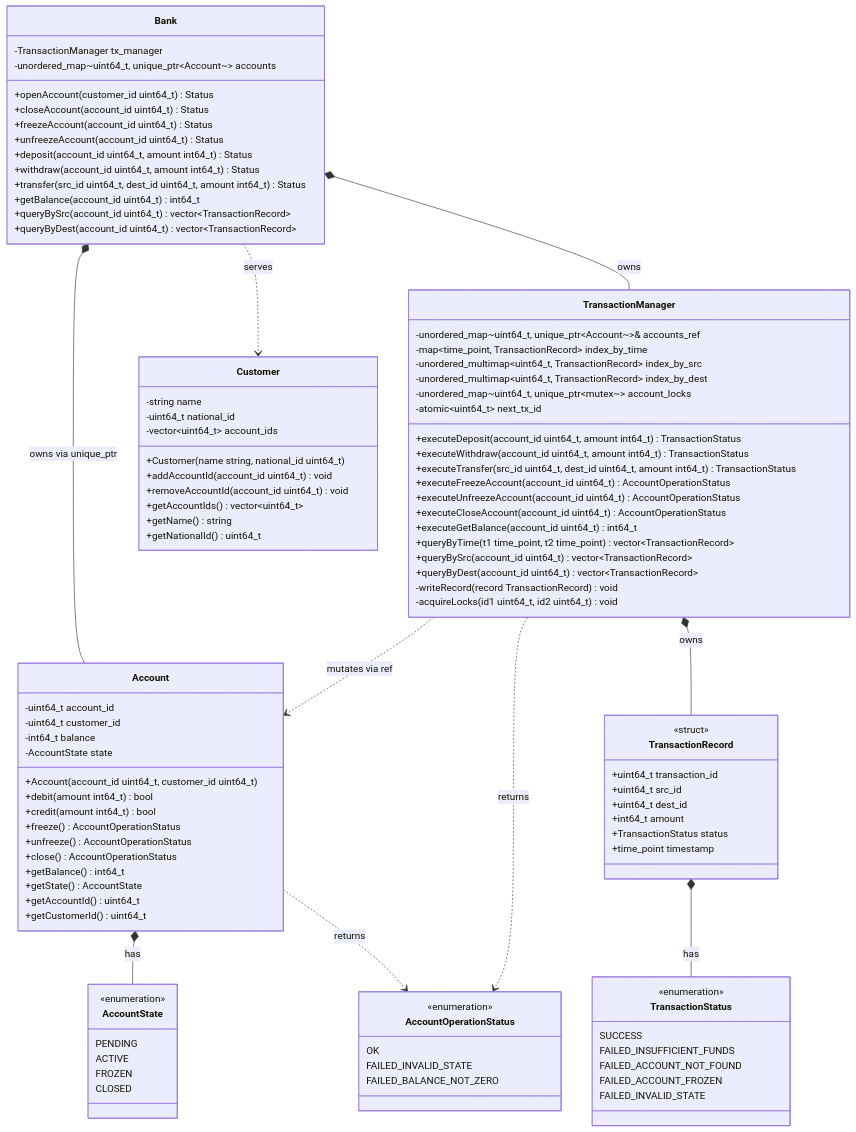
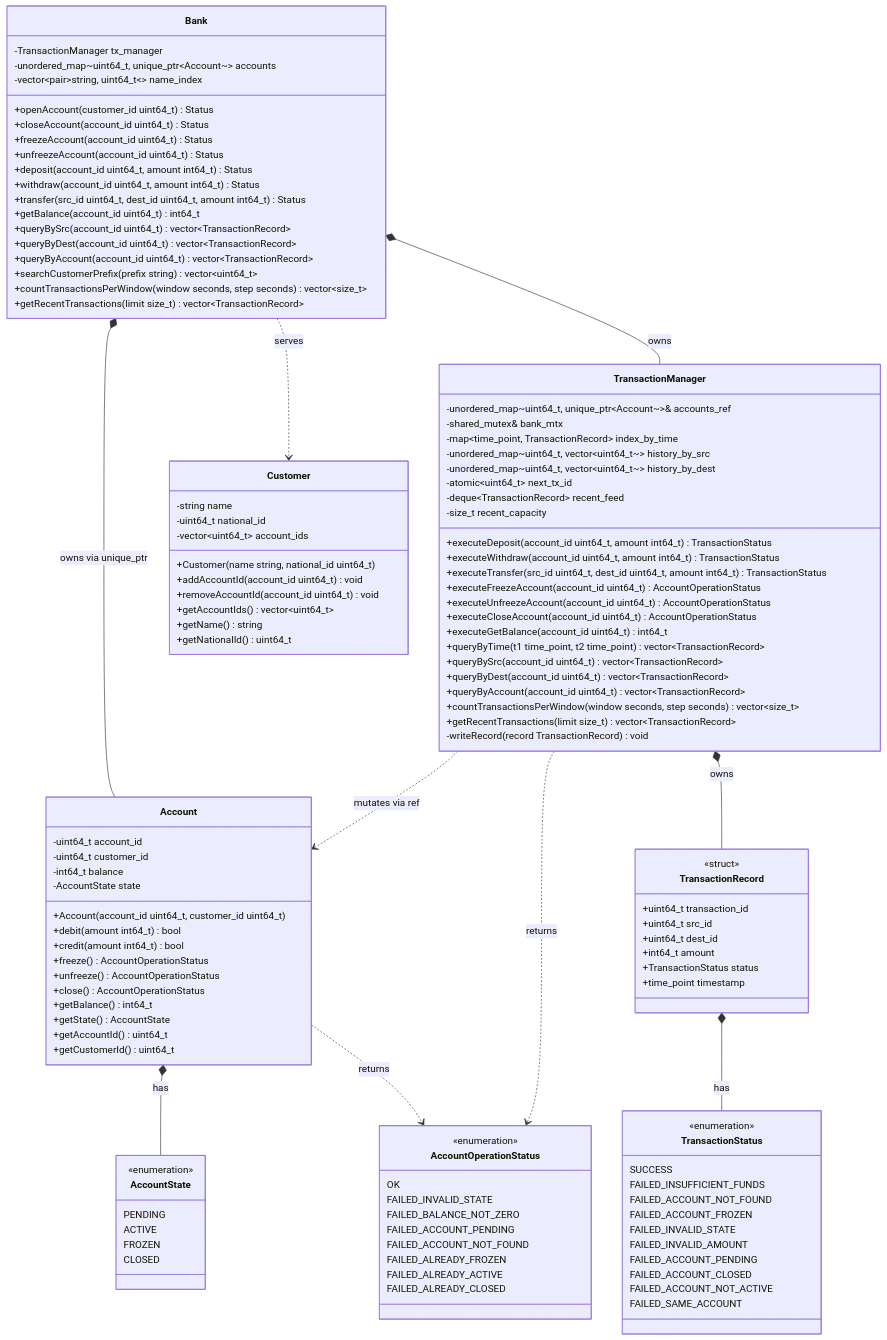
Before and after one commit to M0SSAD/BankingSystem: the first of 3 diagrams in README.md, drawn with Mermaid. The commit also changed other lines of this file and 1 other file, not shown here.

Commit message:
Enhance README with new methods and rules; remove obsolete test file

```diff
--- a/README.md
+++ b/README.md
@@ -14,6 +14,7 @@
     class Bank {
         -TransactionManager tx_manager
         -unordered_map~uint64_t, unique_ptr~Account~~ accounts
+        -vector~pair~string, uint64_t~~ name_index
         +openAccount(customer_id uint64_t) Status
         +closeAccount(account_id uint64_t) Status
         +freezeAccount(account_id uint64_t) Status
@@ -24,15 +25,21 @@
         +getBalance(account_id uint64_t) int64_t
         +queryBySrc(account_id uint64_t) vector~TransactionRecord~
         +queryByDest(account_id uint64_t) vector~TransactionRecord~
+        +queryByAccount(account_id uint64_t) vector~TransactionRecord~
+        +searchCustomerPrefix(prefix string) vector~uint64_t~
+        +countTransactionsPerWindow(window seconds, step seconds) vector~size_t~
+        +getRecentTransactions(limit size_t) vector~TransactionRecord~
     }
 
     class TransactionManager {
         -unordered_map~uint64_t, unique_ptr~Account~~& accounts_ref
+        -shared_mutex& bank_mtx
         -map~time_point, TransactionRecord~ index_by_time
-        -unordered_multimap~uint64_t, TransactionRecord~ index_by_src
-        -unordered_multimap~uint64_t, TransactionRecord~ index_by_dest
-        -unordered_map~uint64_t, unique_ptr~mutex~~ account_locks
+        -unordered_map~uint64_t, vector~uint64_t~~ history_by_src
+        -unordered_map~uint64_t, vector~uint64_t~~ history_by_dest
         -atomic~uint64_t~ next_tx_id
+        -deque~TransactionRecord~ recent_feed
+        -size_t recent_capacity
         +executeDeposit(account_id uint64_t, amount int64_t) TransactionStatus
         +executeWithdraw(account_id uint64_t, amount int64_t) TransactionStatus
         +executeTransfer(src_id uint64_t, dest_id uint64_t, amount int64_t) TransactionStatus
@@ -43,8 +50,10 @@
         +queryByTime(t1 time_point, t2 time_point) vector~TransactionRecord~
         +queryBySrc(account_id uint64_t) vector~TransactionRecord~
         +queryByDest(account_id uint64_t) vector~TransactionRecord~
+        +queryByAccount(account_id uint64_t) vector~TransactionRecord~
+        +countTransactionsPerWindow(window seconds, step seconds) vector~size_t~
+        +getRecentTransactions(limit size_t) vector~TransactionRecord~
         -writeRecord(record TransactionRecord) void
-        -acquireLocks(id1 uint64_t, id2 uint64_t) void
     }
 
     class Account {
@@ -101,6 +110,11 @@
         FAILED_ACCOUNT_NOT_FOUND
         FAILED_ACCOUNT_FROZEN
         FAILED_INVALID_STATE
+        FAILED_INVALID_AMOUNT
+        FAILED_ACCOUNT_PENDING
+        FAILED_ACCOUNT_CLOSED
+        FAILED_ACCOUNT_NOT_ACTIVE
+        FAILED_SAME_ACCOUNT
     }
 
     class AccountOperationStatus {
@@ -108,6 +122,11 @@
         OK
         FAILED_INVALID_STATE
         FAILED_BALANCE_NOT_ZERO
+        FAILED_ACCOUNT_PENDING
+        FAILED_ACCOUNT_NOT_FOUND
+        FAILED_ALREADY_FROZEN
+        FAILED_ALREADY_ACTIVE
+        FAILED_ALREADY_CLOSED
     }
 
     Bank *-- TransactionManager : owns
```
